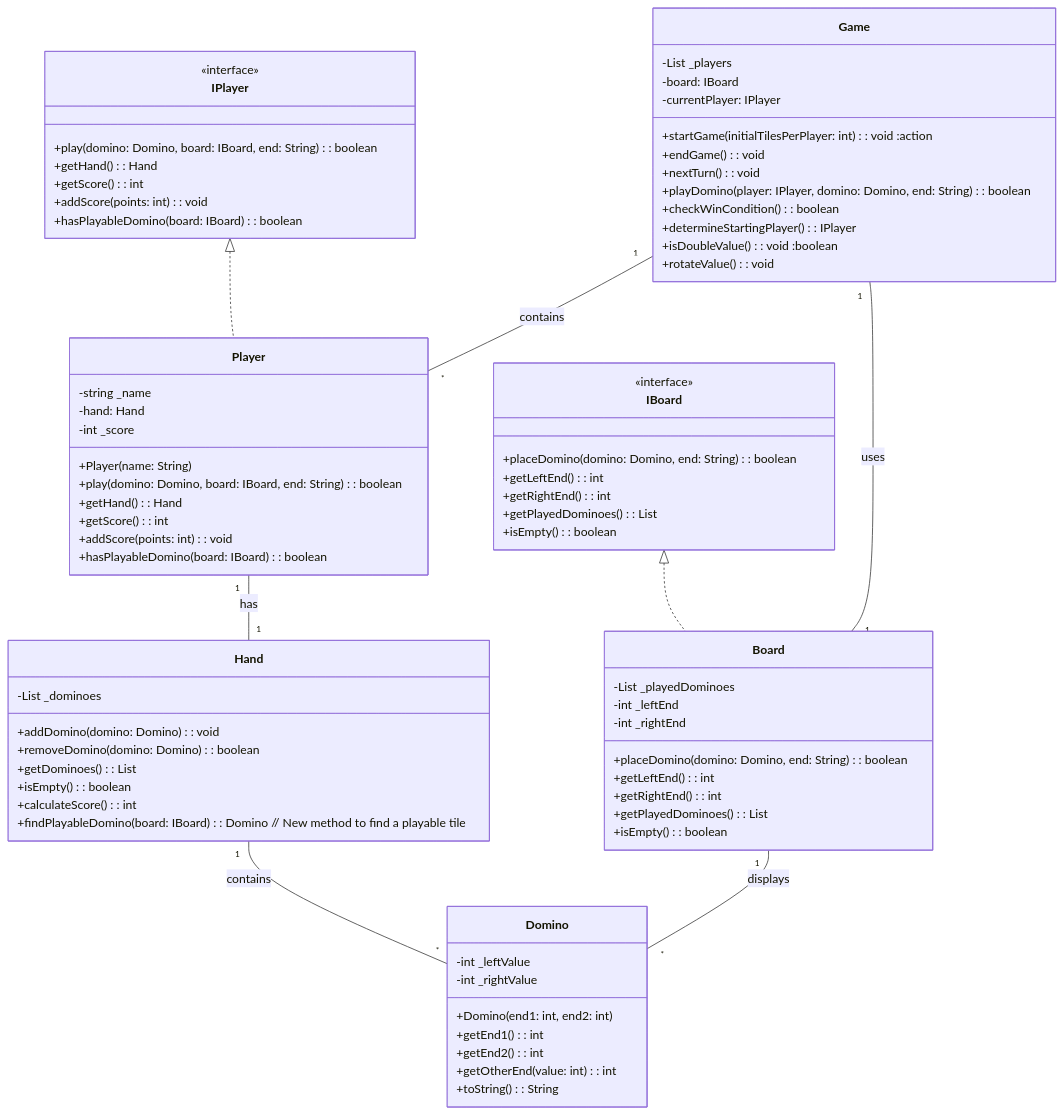
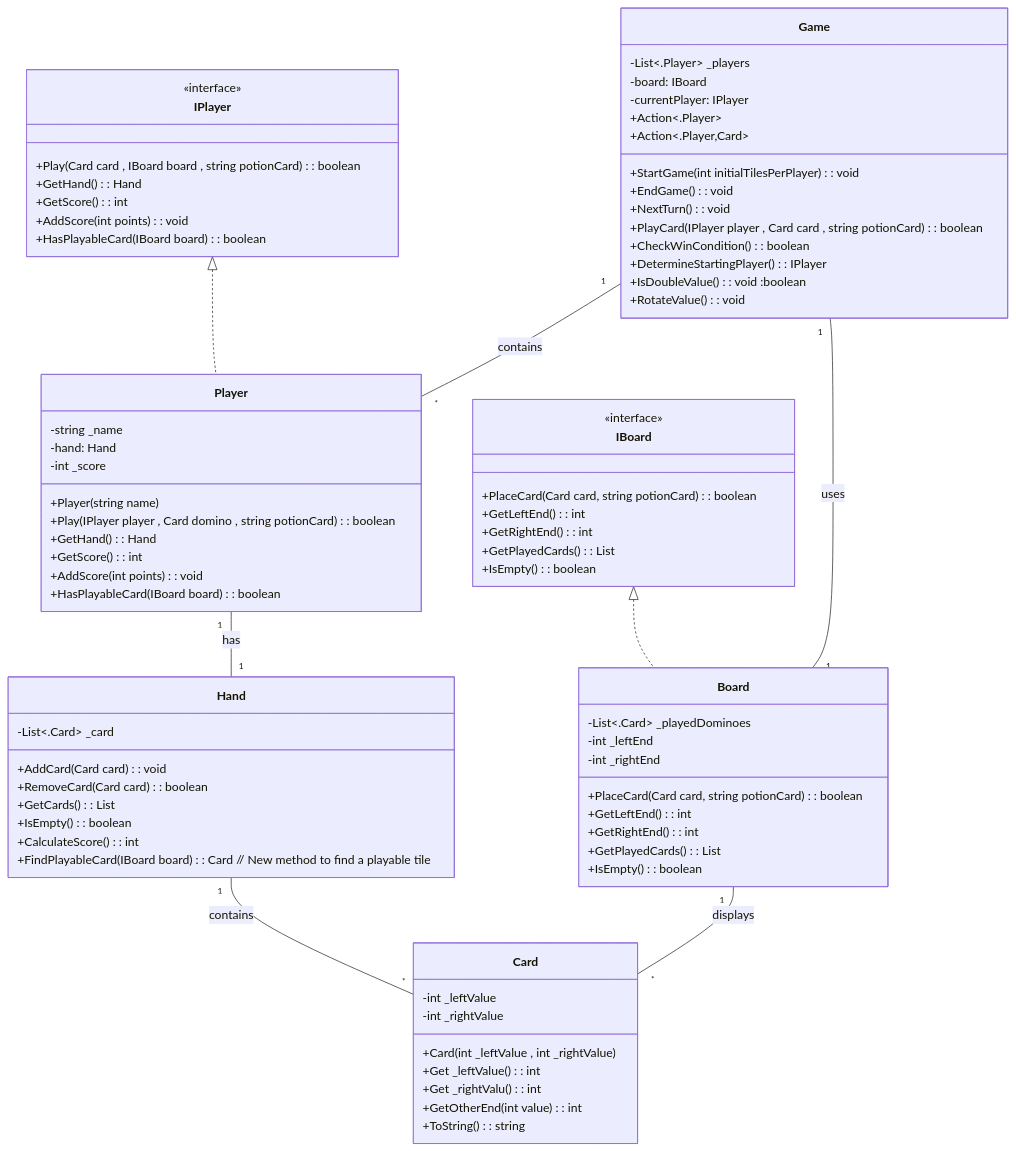
One commit to gumilang1205/bootc14 changed the diagram in ClassDiagram/Domino.mmd. Above: the diagram before and after it, drawn with Mermaid. The commit also changed 2 other files, not shown here.

```diff
--- a/ClassDiagram/Domino.mmd
+++ b/ClassDiagram/Domino.mmd
@@ -1,83 +1,85 @@
 classDiagram
 class Game {
-    -List<Player> _players
+    -List<.Player> _players
     -board: IBoard
     -currentPlayer: IPlayer
-    +startGame(initialTilesPerPlayer: int): void :action
-    +endGame(): void
-    +nextTurn(): void
-    +playDomino(player: IPlayer, domino: Domino, end: String): boolean
-    +checkWinCondition(): boolean
-    +determineStartingPlayer(): IPlayer
-    +isDoubleValue(): void :boolean
-    +rotateValue() : void
+    +Action<.Player>
+    +Action<.Player,Card>
+    +StartGame(int initialTilesPerPlayer): void
+    +EndGame(): void
+    +NextTurn(): void
+    +PlayCard(IPlayer player , Card card , string potionCard): boolean
+    +CheckWinCondition(): boolean
+    +DetermineStartingPlayer(): IPlayer
+    +IsDoubleValue(): void :boolean
+    +RotateValue() : void
 }
 
 class Player {
     -string _name
     -hand: Hand
     -int _score
-    +Player(name: String)
-    +play(domino: Domino, board: IBoard, end: String): boolean
-    +getHand(): Hand
-    +getScore(): int
-    +addScore(points: int): void
-    +hasPlayableDomino(board: IBoard): boolean
+    +Player(string name)
+    +Play(IPlayer player , Card domino , string potionCard): boolean
+    +GetHand(): Hand
+    +GetScore(): int
+    +AddScore(int points): void
+    +HasPlayableCard(IBoard board): boolean
 }
 
-class Domino {
+class Card {
     -int _leftValue
     -int _rightValue
-    +Domino(end1: int, end2: int)
-    +getEnd1(): int
-    +getEnd2(): int
-    +getOtherEnd(value: int): int
-    +toString(): String
+    +Card(int _leftValue , int _rightValue)
+    +Get _leftValue(): int
+    +Get _rightValu(): int
+    +GetOtherEnd(int value): int
+    +ToString(): string
 }
 
 class Hand {
-    -List<Domino> _dominoes
-    +addDomino(domino: Domino): void
-    +removeDomino(domino: Domino): boolean
-    +getDominoes(): List<Domino>
-    +isEmpty(): boolean
-    +calculateScore(): int
-    +findPlayableDomino(board: IBoard): Domino // New method to find a playable tile
+    -List<.Card> _card
+    +AddCard(Card card): void
+    +RemoveCard(Card card): boolean
+    +GetCards(): List<Card>
+    +IsEmpty(): boolean
+    +CalculateScore(): int
+    +FindPlayableCard(IBoard board): Card // New method to find a playable tile
 }
 
 class Board {
-    -List<Domino> _playedDominoes 
+    -List<.Card> _playedDominoes 
     -int _leftEnd 
     -int _rightEnd
-    +placeDomino(domino: Domino, end: String): boolean
-    +getLeftEnd(): int
-    +getRightEnd(): int
-    +getPlayedDominoes(): List<Domino>
-    +isEmpty(): boolean
+    +PlaceCard(Card card, string potionCard): boolean
+    +GetLeftEnd(): int
+    +GetRightEnd(): int
+    +GetPlayedCards(): List<Card>
+    +IsEmpty(): boolean
 }
 
 class IBoard {
     <<interface>>
-    +placeDomino(domino: Domino, end: String): boolean
-    +getLeftEnd(): int
-    +getRightEnd(): int
-    +getPlayedDominoes(): List<Domino>
-    +isEmpty(): boolean
+    +PlaceCard(Card card, string potionCard): boolean
+    +GetLeftEnd(): int
+    +GetRightEnd(): int
+    +GetPlayedCards(): List<Card>
+    +IsEmpty(): boolean
 }
 class IPlayer {
     <<interface>>
-    +play(domino: Domino, board: IBoard, end: String): boolean
-    +getHand(): Hand
-    +getScore(): int
-    +addScore(points: int): void
-    +hasPlayableDomino(board: IBoard): boolean
+    +Play(Card card , IBoard board , string potionCard): boolean
+    +GetHand(): Hand
+    +GetScore(): int
+    +AddScore(int points): void
+    +HasPlayableCard(IBoard board): boolean
 }
 %%implementasi
 IBoard <|.. Board
 IPlayer <|.. Player
 %%assosiation
 Game "1" -- "*" Player : contains
 Game "1" -- "1" Board : uses
 Player "1" -- "1" Hand : has
-Hand "1" -- "*" Domino : contains
-Board "1" -- "*" Domino : displays
+Hand "1" -- "*" Card : contains
+Board "1" -- "*" Card : displays
```
